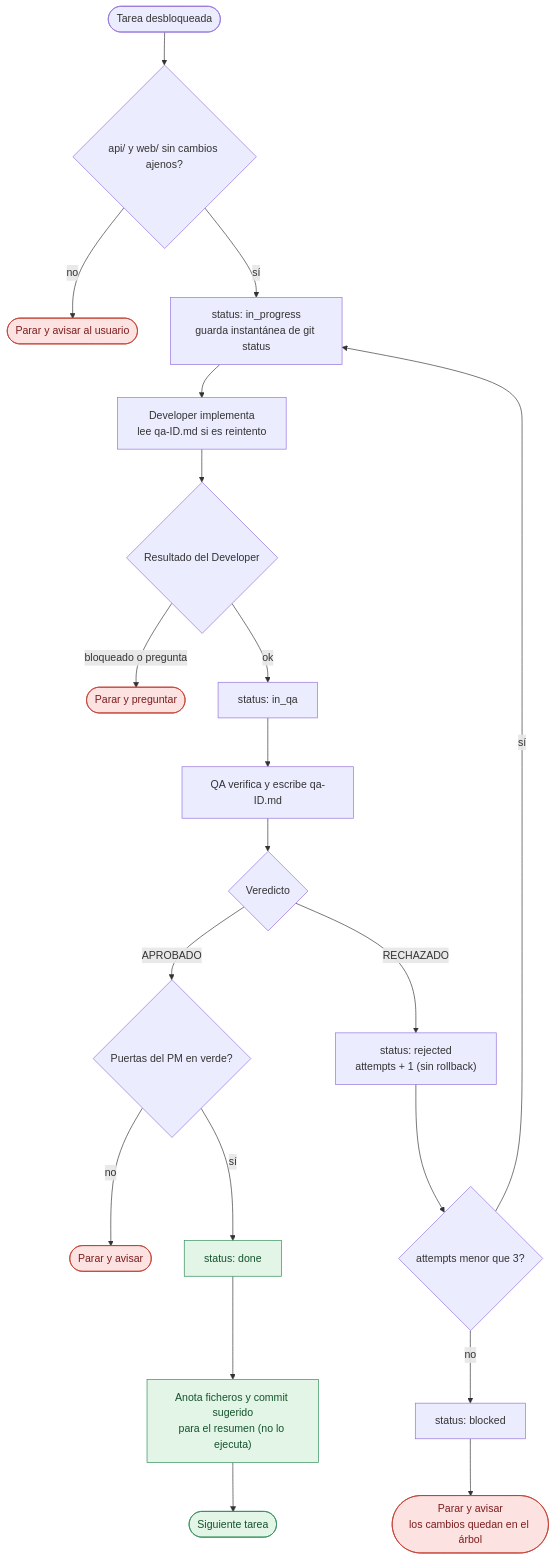
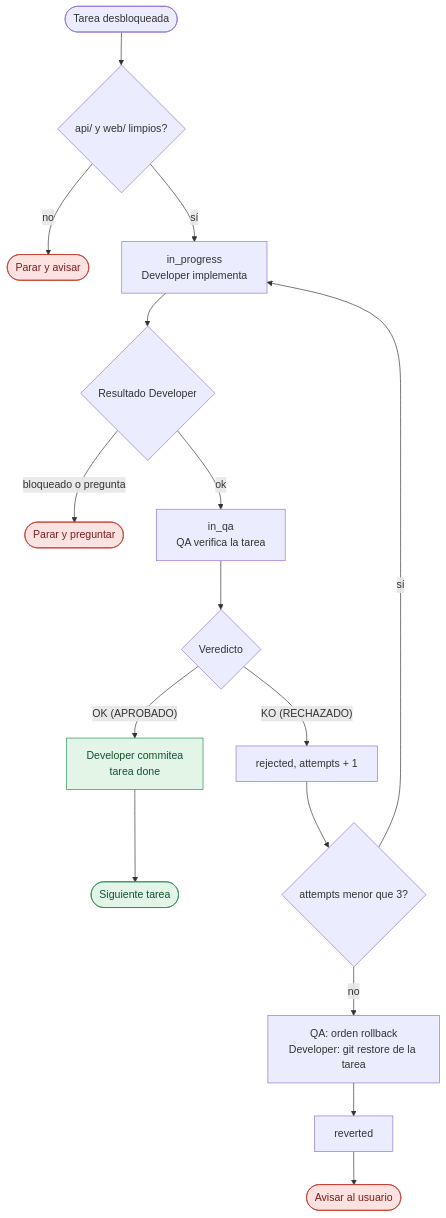
One commit to JordiTurell/GrangesAndreu changed the third of 4 diagrams in flujo-agents.md. Above: the diagram before and after it, drawn with Mermaid. The commit also changed other lines of this file and 5 other files, not shown here.

First line of the commit message:
Agentes: flujo nuevo con tareas pequenas, commit y rollback por tarea

````diff
--- a/flujo-agents.md
+++ b/flujo-agents.md
@@ -92,29 +75,25 @@
 ```mermaid
 flowchart TD
-    A([Tarea desbloqueada]) --> B{"api/ y web/ sin cambios ajenos?"}
-    B -->|no| S1([Parar y avisar al usuario])
-    B -->|sí| C["status: in_progress<br/>guarda instantánea de git status"]
-    C --> D["Developer implementa<br/>lee qa-ID.md si es reintento"]
-    D --> E{"Resultado del Developer"}
+    A([Tarea desbloqueada]) --> B{"api/ y web/ limpios?"}
+    B -->|no| S1([Parar y avisar])
+    B -->|sí| C["in_progress<br/>Developer implementa"]
+    C --> E{"Resultado Developer"}
     E -->|bloqueado o pregunta| S2([Parar y preguntar])
-    E -->|ok| F["status: in_qa"]
-    F --> G["QA verifica y escribe qa-ID.md"]
-    G --> H{"Veredicto"}
+    E -->|ok| F["in_qa<br/>QA verifica la tarea"]
+    F --> H{"Veredicto"}
 
-    H -->|APROBADO| I{"Puertas del PM en verde?"}
-    I -->|no| S3([Parar y avisar])
-    I -->|sí| J["status: done"]
-    J --> K["Anota ficheros y commit sugerido<br/>para el resumen (no lo ejecuta)"]
-    K --> N([Siguiente tarea])
+    H -->|"OK (APROBADO)"| I["Developer commitea<br/>tarea done"]
+    I --> N([Siguiente tarea])
 
-    H -->|RECHAZADO| T["status: rejected<br/>attempts + 1 (sin rollback)"]
+    H -->|"KO (RECHAZADO)"| T["rejected, attempts + 1"]
     T --> V{"attempts menor que 3?"}
     V -->|sí| C
-    V -->|no| W["status: blocked"]
-    W --> S5([Parar y avisar<br/>los cambios quedan en el árbol])
+    V -->|no| W["QA: orden rollback<br/>Developer: git restore de la tarea"]
+    W --> X["reverted"]
+    X --> S5([Avisar al usuario])
 
     classDef stop fill:#fde2e2,stroke:#c0392b,color:#7b1d1d
     classDef ok fill:#e2f5e6,stroke:#2e8b57,color:#14532d
-    class S1,S2,S3,S5 stop
-    class N,J,K ok
+    class S1,S2,S5 stop
+    class N,I ok
 ```
````
